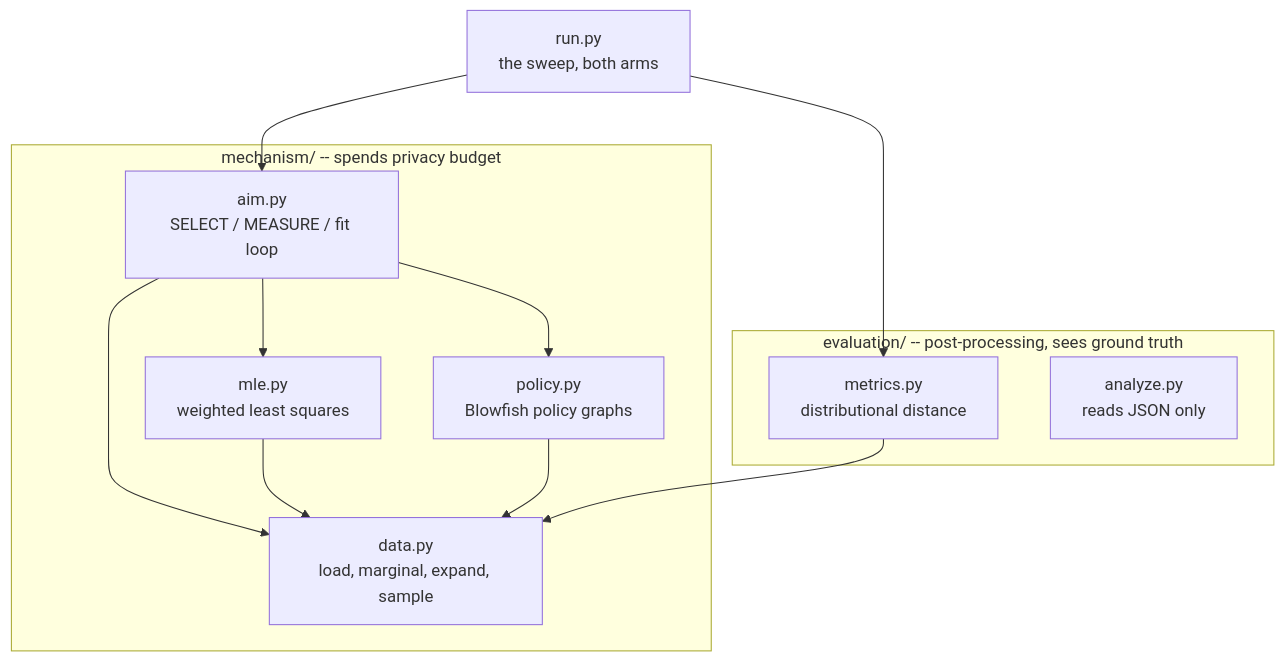
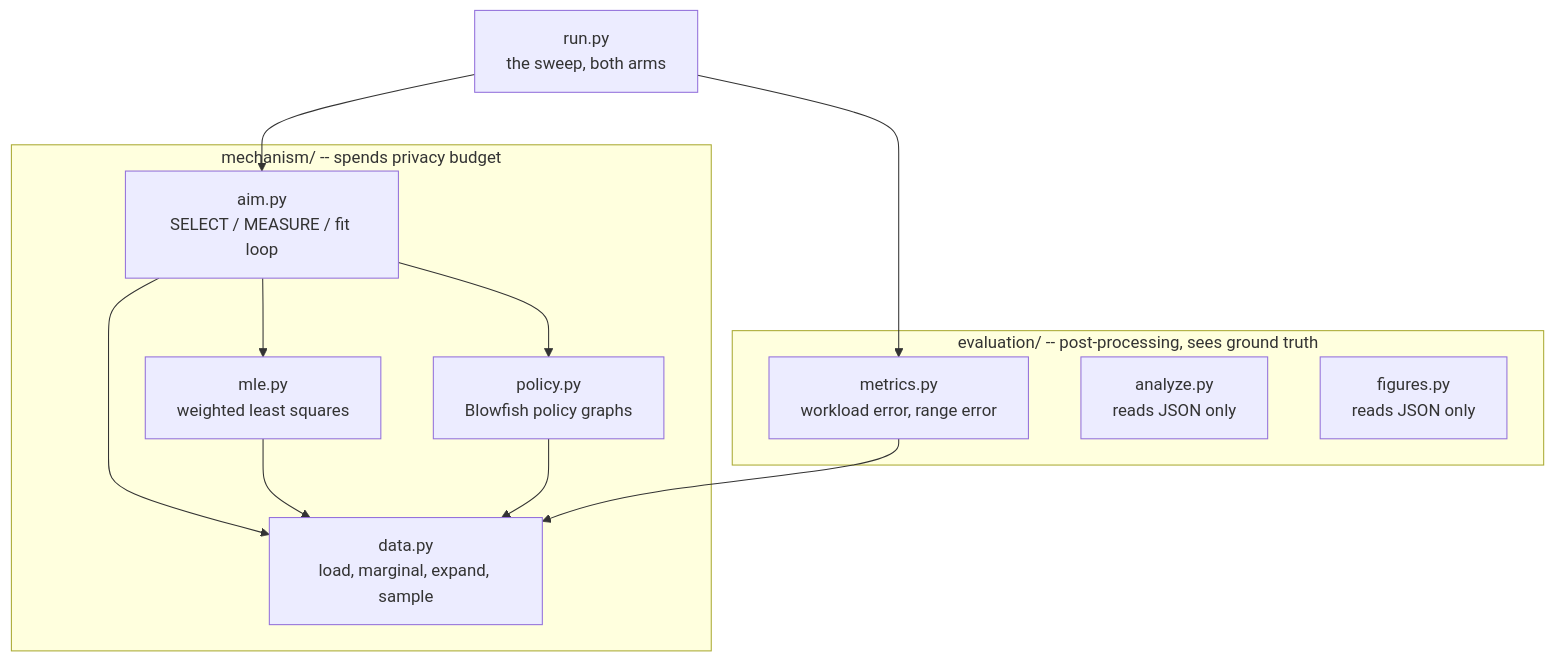
The first of 3 diagrams in docs/architecture.md (gauthamramesh3110/blowfish-aim-adult), drawn with Mermaid before and after one commit. The commit also changed other lines of this file and 13 other files, not shown here.

````diff
--- a/docs/architecture.md
+++ b/docs/architecture.md
@@ -59,25 +58,26 @@
 ```mermaid
 graph TD
     run["run.py<br/>the sweep, both arms"]
 
     subgraph mechanism["mechanism/ -- spends privacy budget"]
         aim["aim.py<br/>SELECT / MEASURE / fit loop"]
         mle["mle.py<br/>weighted least squares"]
         policy["policy.py<br/>Blowfish policy graphs"]
         data["data.py<br/>load, marginal, expand, sample"]
     end
 
     subgraph evaluation["evaluation/ -- post-processing, sees ground truth"]
-        metrics["metrics.py<br/>distributional distance"]
+        metrics["metrics.py<br/>workload error, range error"]
         analyze["analyze.py<br/>reads JSON only"]
+        figures["figures.py<br/>reads JSON only"]
     end
 
     run --> aim
     run --> metrics
     aim --> mle
     aim --> policy
     aim --> data
     mle --> data
     policy --> data
     metrics --> data
 ```
````
